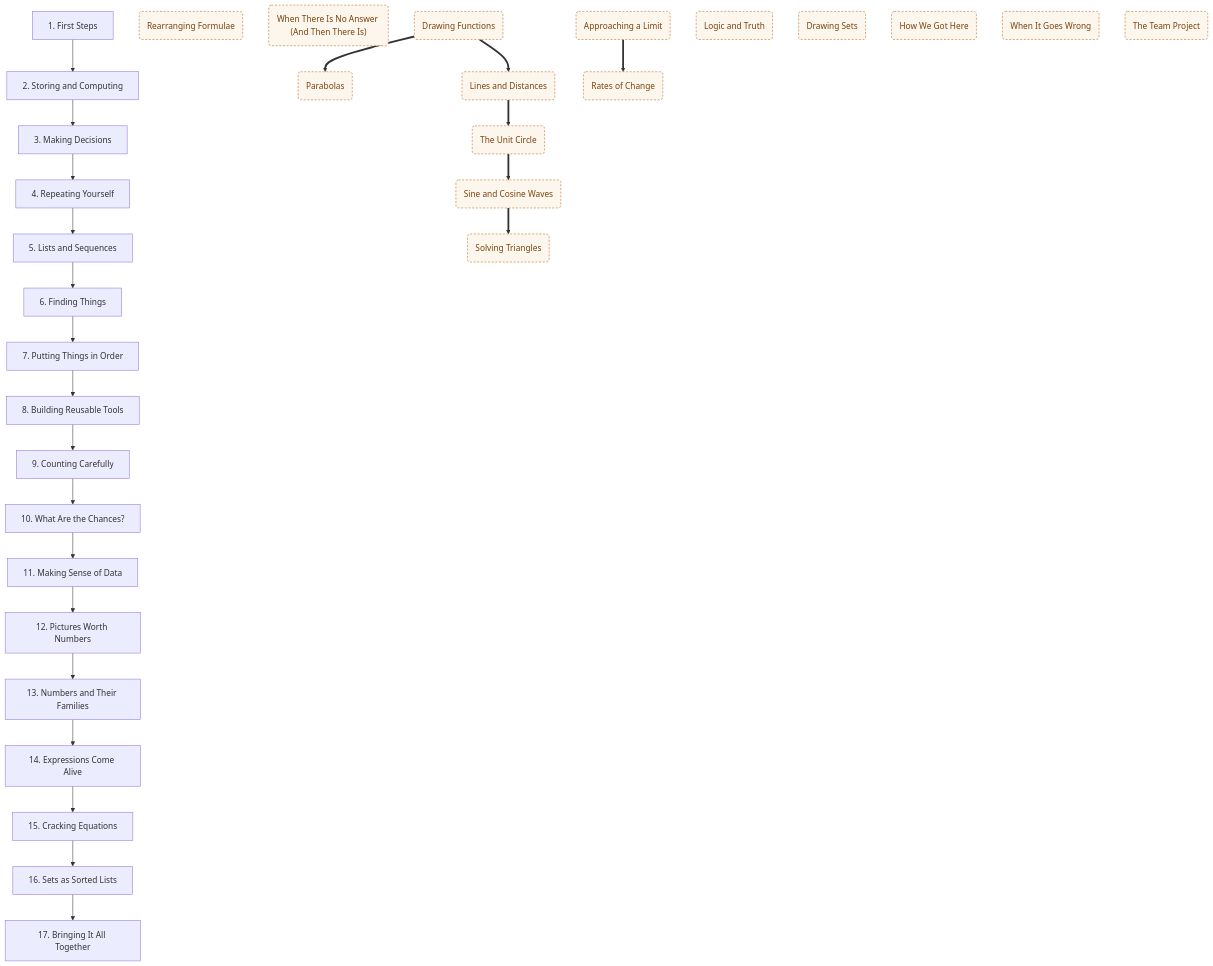
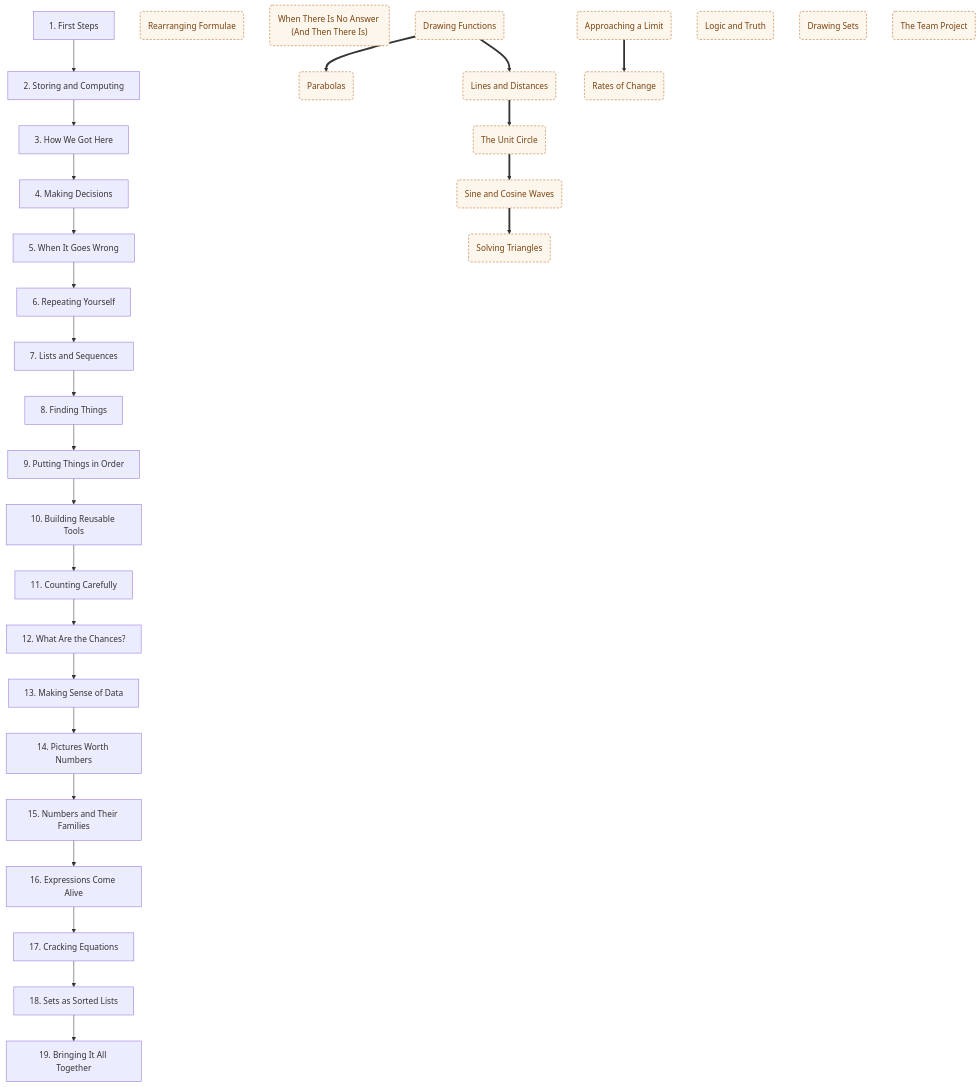
The third of 3 diagrams in planning/CURRICULUM_MAP.md (deweydex/dewlab), drawn with Mermaid before and after one commit. The commit also changed other lines of this file and 9 other files, not shown here.

````diff
--- a/planning/CURRICULUM_MAP.md
+++ b/planning/CURRICULUM_MAP.md
@@ -128,62 +132,64 @@
 ```mermaid
 graph TD
   T1["1. First Steps"]
   T2["2. Storing and Computing"]
-  T3["3. Making Decisions"]
-  T4["4. Repeating Yourself"]
-  T5["5. Lists and Sequences"]
-  T6["6. Finding Things"]
-  T7["7. Putting Things in Order"]
-  T8["8. Building Reusable Tools"]
-  T9["9. Counting Carefully"]
-  T10["10. What Are the Chances?"]
-  T11["11. Making Sense of Data"]
-  T12["12. Pictures Worth Numbers"]
-  T13["13. Numbers and Their Families"]
-  T14["14. Expressions Come Alive"]
-  T15["15. Cracking Equations"]
-  T16["16. Sets as Sorted Lists"]
-  T17["17. Bringing It All Together"]
+  T3["3. How We Got Here"]
+  T4["4. Making Decisions"]
+  T5["5. When It Goes Wrong"]
+  T6["6. Repeating Yourself"]
+  T7["7. Lists and Sequences"]
+  T8["8. Finding Things"]
+  T9["9. Putting Things in Order"]
+  T10["10. Building Reusable Tools"]
+  T11["11. Counting Carefully"]
+  T12["12. What Are the Chances?"]
+  T13["13. Making Sense of Data"]
+  T14["14. Pictures Worth Numbers"]
+  T15["15. Numbers and Their Families"]
+  T16["16. Expressions Come Alive"]
+  T17["17. Cracking Equations"]
+  T18["18. Sets as Sorted Lists"]
+  T19["19. Bringing It All Together"]
   N0("Rearranging Formulae")
   N1("When There Is No Answer (And Then There Is)")
   N2("Drawing Functions")
   N3("Parabolas")
   N4("Lines and Distances")
   N5("The Unit Circle")
   N6("Sine and Cosine Waves")
   N7("Solving Triangles")
   N8("Approaching a Limit")
   N9("Rates of Change")
   N10("Logic and Truth")
   N11("Drawing Sets")
-  N12("How We Got Here")
-  N13("When It Goes Wrong")
-  N14("The Team Project")
+  N12("The Team Project")
 
   T1 --> T2
   T2 --> T3
   T3 --> T4
   T4 --> T5
   T5 --> T6
   T6 --> T7
   T7 --> T8
   T8 --> T9
   T9 --> T10
   T10 --> T11
   T11 --> T12
   T12 --> T13
   T13 --> T14
   T14 --> T15
   T15 --> T16
   T16 --> T17
+  T17 --> T18
+  T18 --> T19
 
   N2 ==> N3
   N2 ==> N4
   N4 ==> N5
   N5 ==> N6
   N6 ==> N7
   N8 ==> N9
 
   classDef new fill:#fdf6ec,stroke:#b5651d,color:#7a4310,stroke-dasharray:4 3;
-  class N0,N1,N2,N3,N4,N5,N6,N7,N8,N9,N10,N11,N12,N13,N14 new;
+  class N0,N1,N2,N3,N4,N5,N6,N7,N8,N9,N10,N11,N12 new;
 ```
````
